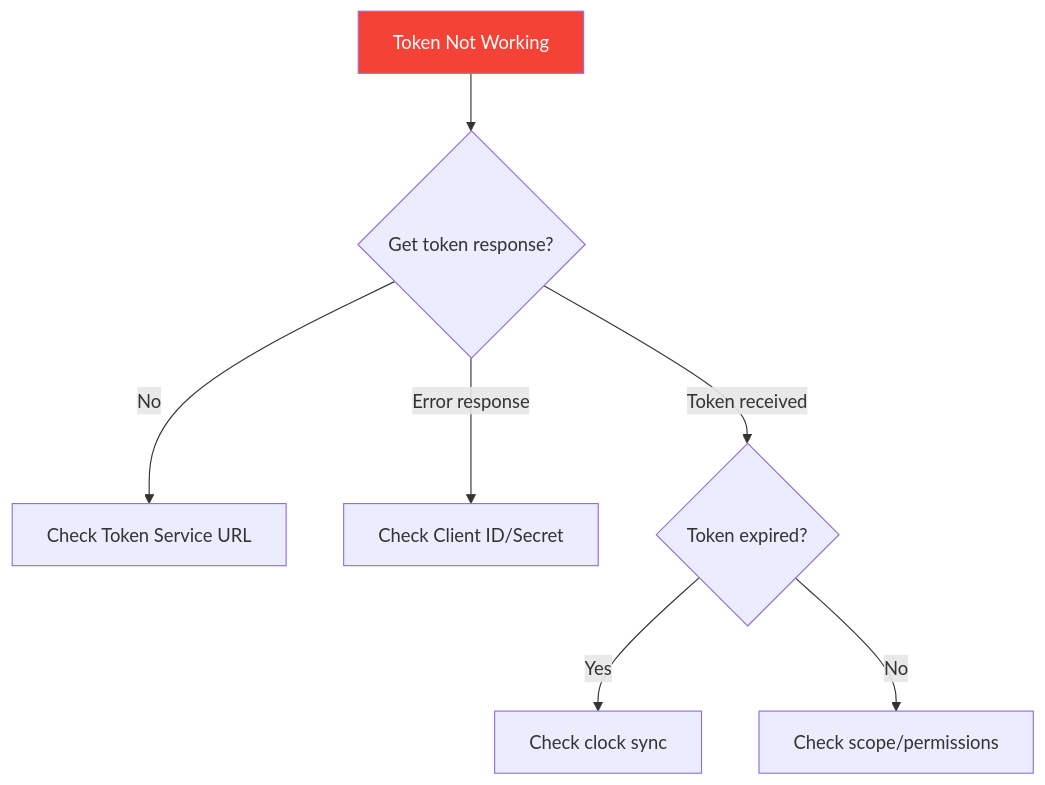
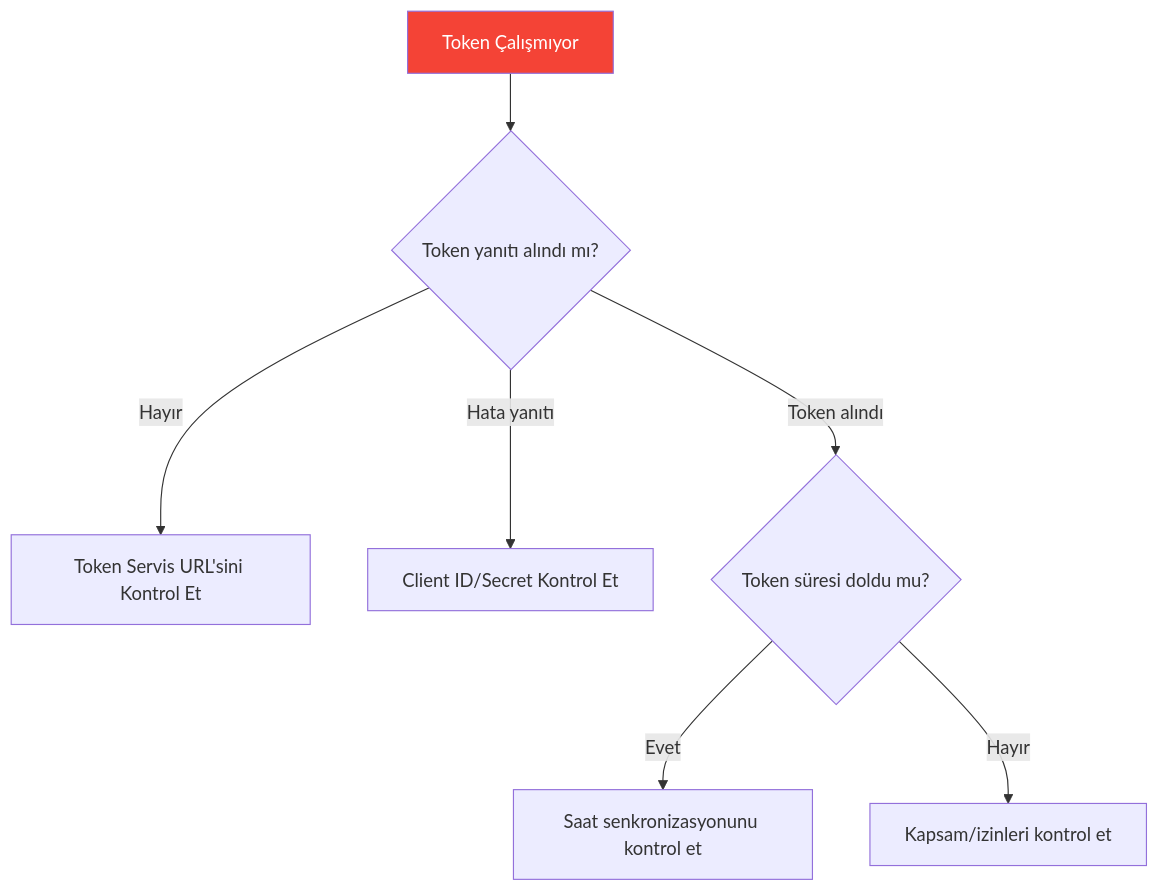
Before and after one commit to beyhanmeyrali/sap-all: the sixth of 9 diagrams in Technical Tutorials/BTP/TR/chapters/appendix-d-troubleshooting.md, drawn with Mermaid. The commit also changed other lines of this file and 11 other files, not shown here.

````diff
--- a/Technical Tutorials/BTP/TR/chapters/appendix-d-troubleshooting.md
+++ b/Technical Tutorials/BTP/TR/chapters/appendix-d-troubleshooting.md
@@ -236,11 +236,11 @@
 ```mermaid
 flowchart TD
-    PROB[Token Not Working] --> C1{Get token response?}
-    C1 --> |"No"| F1[Check Token Service URL]
-    C1 --> |"Error response"| F2[Check Client ID/Secret]
-    C1 --> |"Token received"| C2{Token expired?}
-    C2 --> |"Yes"| F3[Check clock sync]
-    C2 --> |"No"| F4[Check scope/permissions]
+    PROB[Token Çalışmıyor] --> C1{Token yanıtı alındı mı?}
+    C1 --> |"Hayır"| F1[Token Servis URL'sini Kontrol Et]
+    C1 --> |"Hata yanıtı"| F2[Client ID/Secret Kontrol Et]
+    C1 --> |"Token alındı"| C2{Token süresi doldu mu?}
+    C2 --> |"Evet"| F3[Saat senkronizasyonunu kontrol et]
+    C2 --> |"Hayır"| F4[Kapsam/izinleri kontrol et]
 
     style PROB fill:#f44336,color:white
 ```
````
